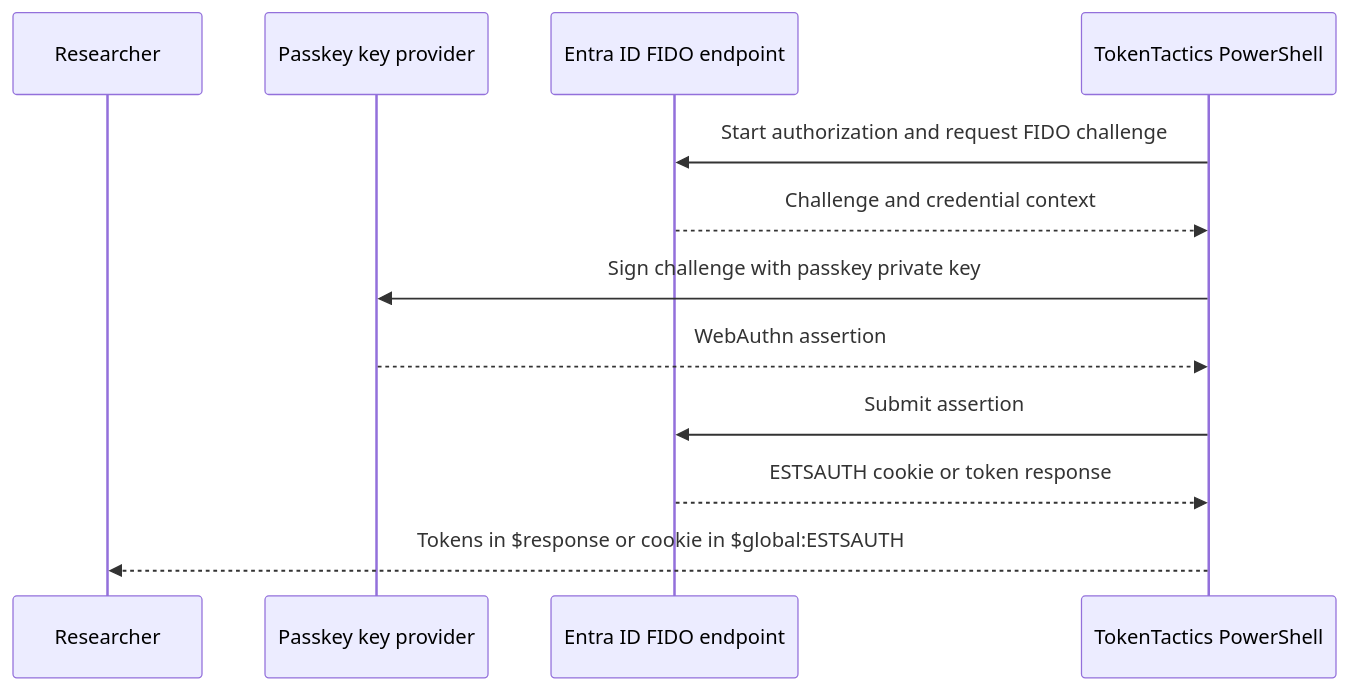
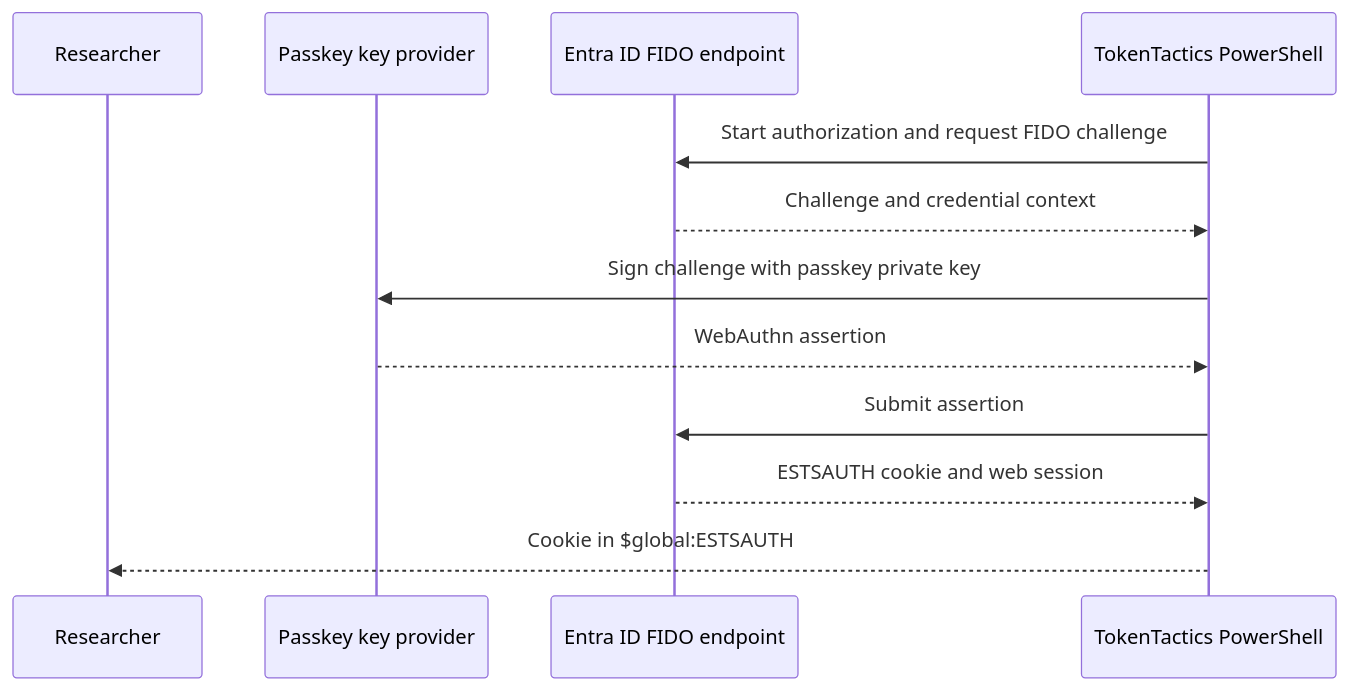
The first of 2 diagrams in docs/use-cases/passkey-fido2.md (f-bader/TokenTacticsV2), drawn with Mermaid before and after one commit. The commit also changed other lines of this file and 26 other files, not shown here.

````diff
--- a/docs/use-cases/passkey-fido2.md
+++ b/docs/use-cases/passkey-fido2.md
@@ -12,15 +12,15 @@
 ```mermaid
 sequenceDiagram
     participant R as Researcher
     participant K as Passkey key provider
     participant E as Entra ID FIDO endpoint
     participant C as TokenTactics PowerShell
 
     C->>E: Start authorization and request FIDO challenge
     E-->>C: Challenge and credential context
     C->>K: Sign challenge with passkey private key
     K-->>C: WebAuthn assertion
     C->>E: Submit assertion
-    E-->>C: ESTSAUTH cookie or token response
-    C-->>R: Tokens in $response or cookie in $global:ESTSAUTH
+    E-->>C: ESTSAUTH cookie and web session
+    C-->>R: Cookie in $global:ESTSAUTH
 ```
````
